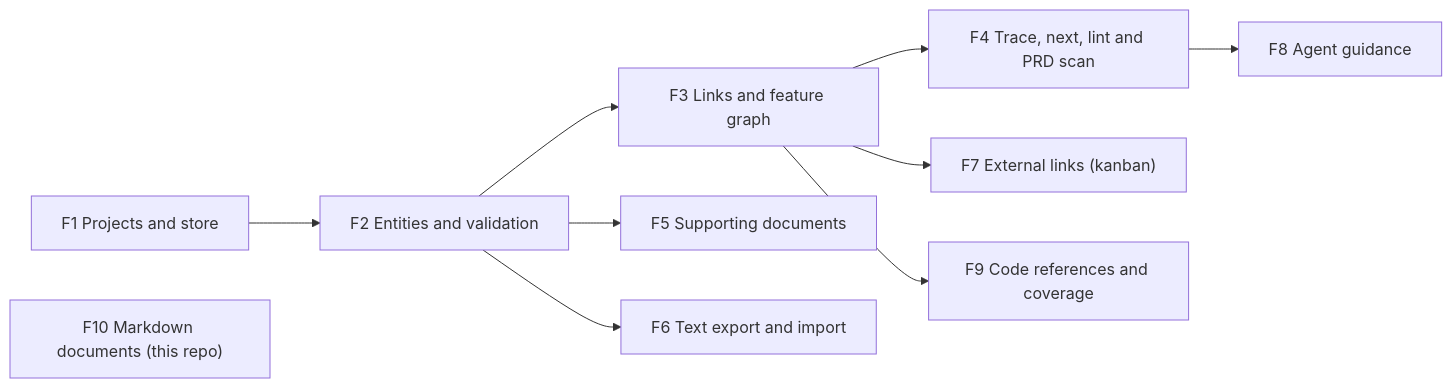
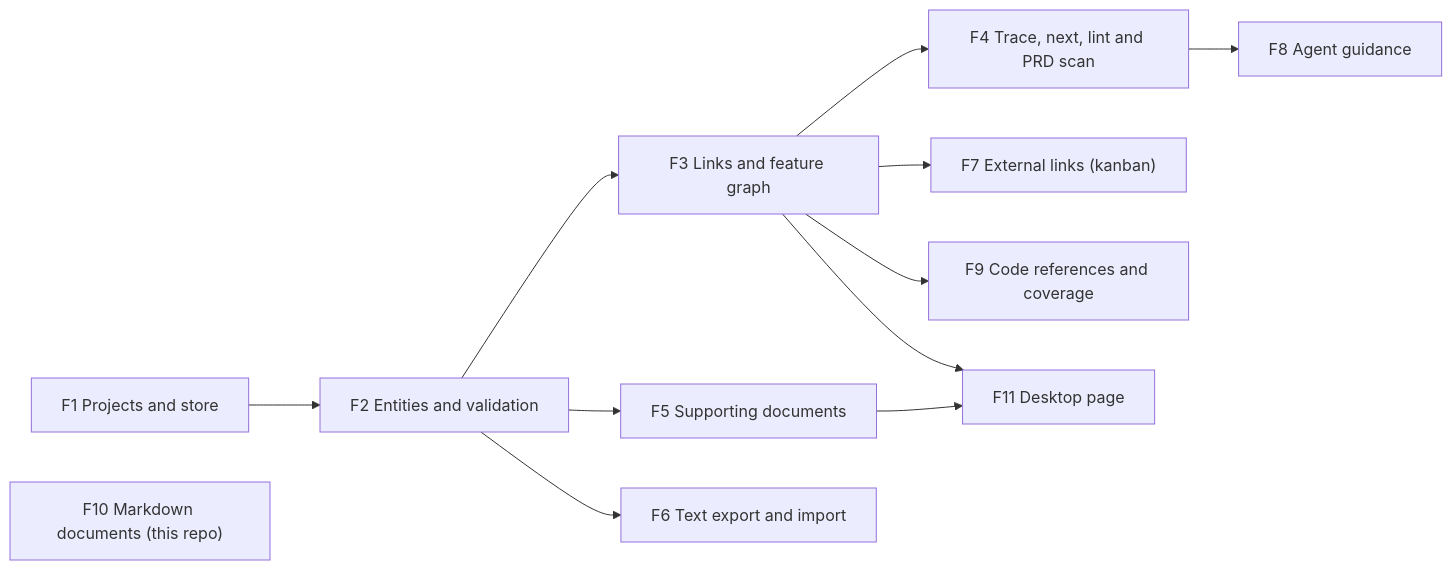
The diagram in docs/features.md (algoboy-kevin/hermes-product), drawn with Mermaid before and after one commit. The commit also changed other lines of this file and 5 other files, not shown here.

Commit message:
docs: desktop page requirements R17-R18, F11, A26-A33; DOC2 rewritten (projects, PRD landing, card views by state, feature graph toggle)

````diff
--- a/docs/features.md
+++ b/docs/features.md
@@ -20,21 +21,24 @@
 ```mermaid
 graph LR
   F1["F1 Projects and store"]
   F2["F2 Entities and validation"]
   F3["F3 Links and feature graph"]
   F4["F4 Trace, next, lint and PRD scan"]
   F5["F5 Supporting documents"]
   F6["F6 Text export and import"]
   F7["F7 External links (kanban)"]
   F8["F8 Agent guidance"]
   F9["F9 Code references and coverage"]
   F10["F10 Markdown documents (this repo)"]
+  F11["F11 Desktop page"]
   F1 --> F2
   F2 --> F3
   F3 --> F4
   F2 --> F5
   F2 --> F6
   F3 --> F7
   F4 --> F8
   F3 --> F9
+  F3 --> F11
+  F5 --> F11
 ```
````
